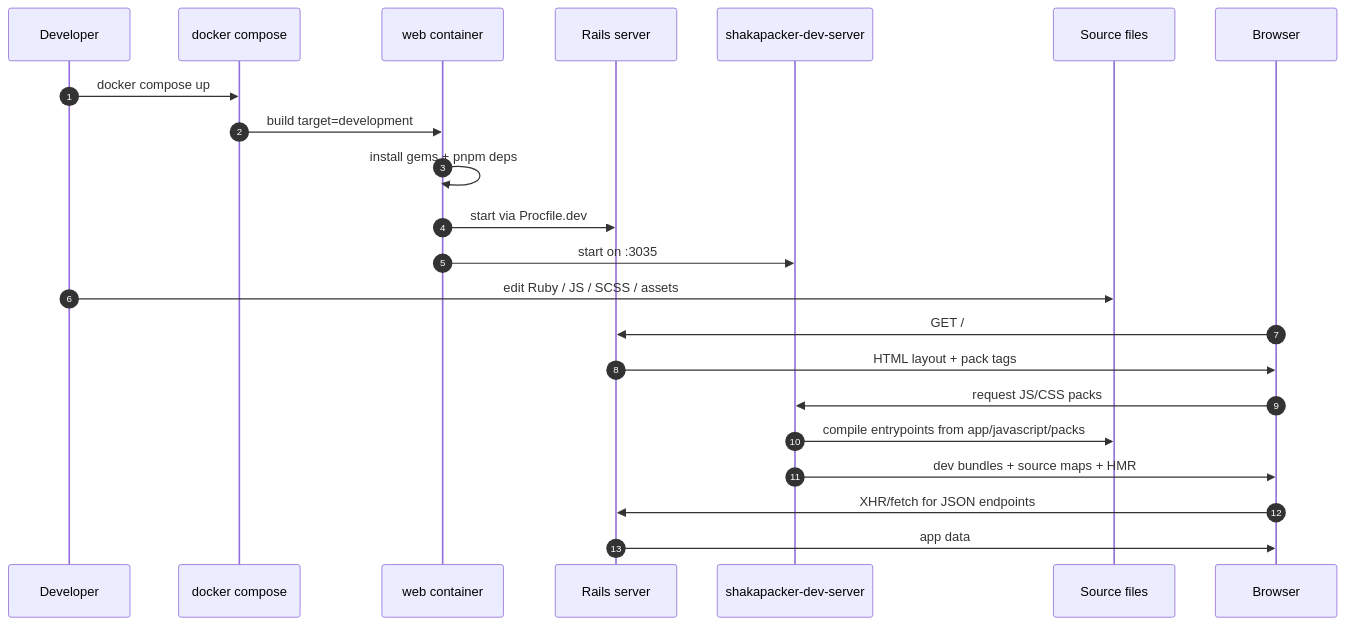
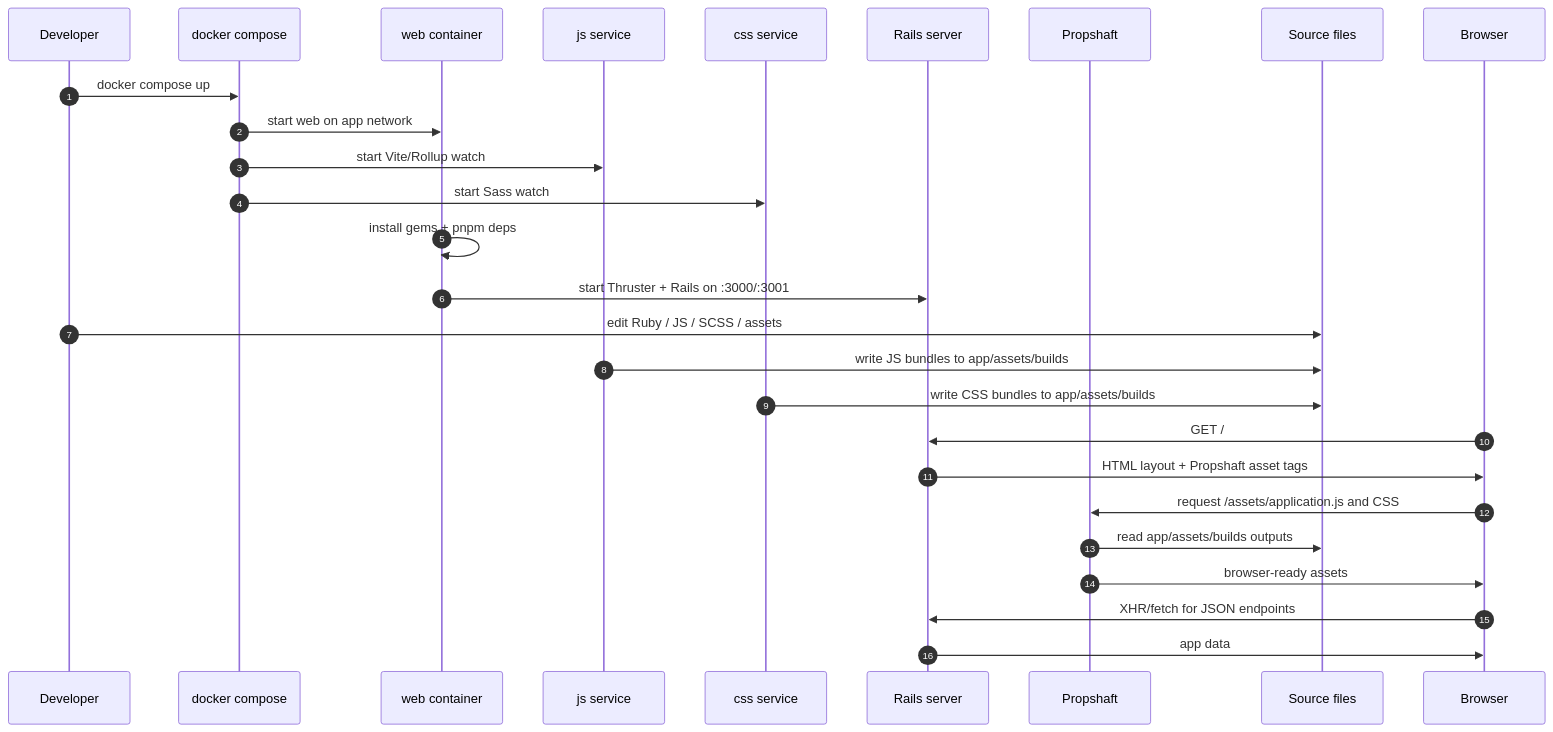
Before and after one commit to galahq/gala: the first of 4 diagrams in docs/asset-pipeline.md, drawn with Mermaid. The commit also changed other lines of this file and 336 other files, not shown here.

Commit message:
Checkpoint Rails asset runtime migration

````diff
--- a/docs/asset-pipeline.md
+++ b/docs/asset-pipeline.md
@@ -18,25 +22,30 @@
 ```mermaid
 sequenceDiagram
     autonumber
     participant Dev as Developer
     participant DC as docker compose
     participant Web as web container
+    participant JS as js service
+    participant CSS as css service
     participant Rails as Rails server
-    participant WDS as shakapacker-dev-server
+    participant Propshaft as Propshaft
     participant FS as Source files
     participant Browser as Browser
 
     Dev->>DC: docker compose up
-    DC->>Web: build target=development
+    DC->>Web: start web on app network
+    DC->>JS: start Vite/Rollup watch
+    DC->>CSS: start Sass watch
     Web->>Web: install gems + pnpm deps
-    Web->>Rails: start via Procfile.dev
-    Web->>WDS: start on :3035
+    Web->>Rails: start Thruster + Rails on :3000/:3001
     Dev->>FS: edit Ruby / JS / SCSS / assets
+    JS->>FS: write JS bundles to app/assets/builds
+    CSS->>FS: write CSS bundles to app/assets/builds
     Browser->>Rails: GET /
-    Rails->>Browser: HTML layout + pack tags
-    Browser->>WDS: request JS/CSS packs
-    WDS->>FS: compile entrypoints from app/javascript/packs
-    WDS->>Browser: dev bundles + source maps + HMR
+    Rails->>Browser: HTML layout + Propshaft asset tags
+    Browser->>Propshaft: request /assets/application.js and CSS
+    Propshaft->>FS: read app/assets/builds outputs
+    Propshaft->>Browser: browser-ready assets
     Browser->>Rails: XHR/fetch for JSON endpoints
     Rails->>Browser: app data
 ```
````
